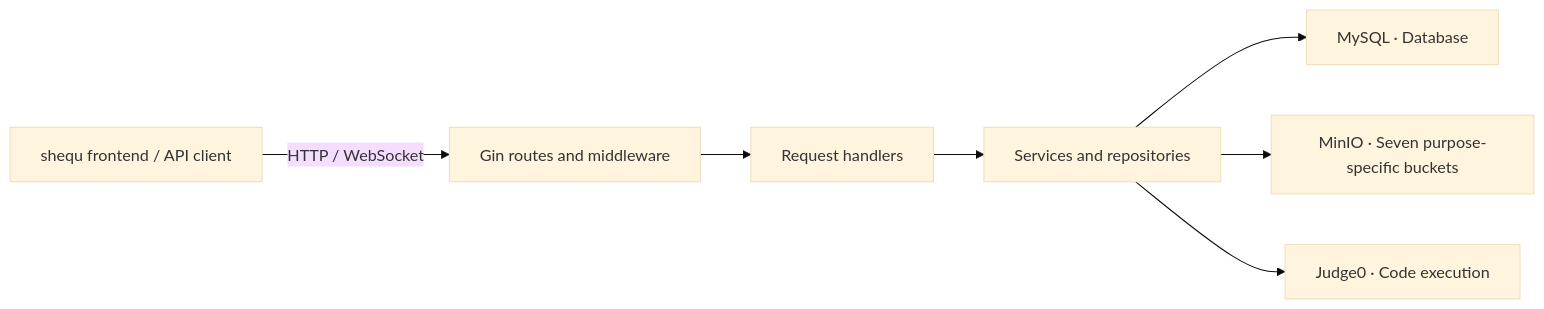
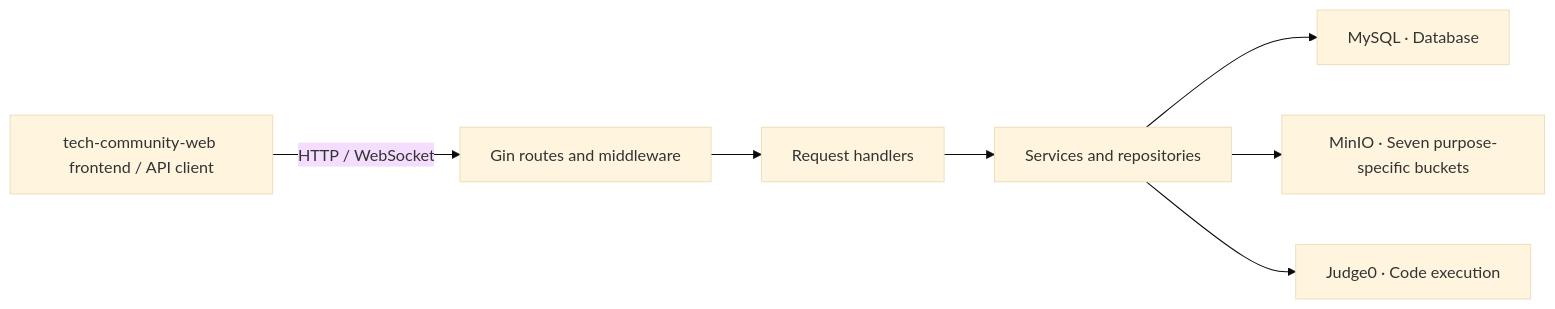
One commit to qihai-coding/tech-community-api changed the diagram in README.en.md. Above: the diagram before and after it, drawn with Mermaid (base theme). The commit also changed other lines of this file and 3 other files, not shown here.

````diff
--- a/README.en.md
+++ b/README.en.md
@@ -36,9 +36,9 @@
 ```mermaid
 flowchart LR
-    Client["shequ frontend / API client"] -->|"HTTP / WebSocket"| Routes["Gin routes and middleware"]
+    Client["tech-community-web frontend / API client"] -->|"HTTP / WebSocket"| Routes["Gin routes and middleware"]
     Routes --> Handlers["Request handlers"]
     Handlers --> Services["Services and repositories"]
     Services --> DB["MySQL · Database"]
     Services --> Storage["MinIO · Seven purpose-specific buckets"]
     Services --> Runner["Judge0 · Code execution"]
 ```
````
